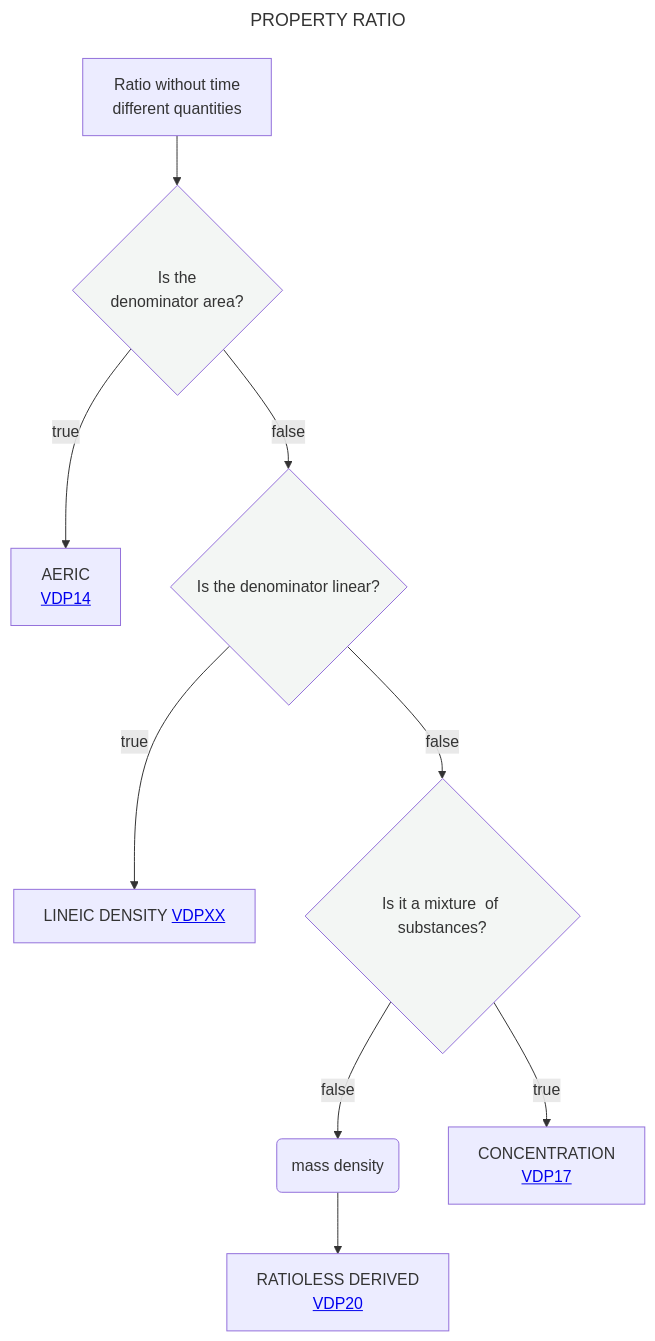
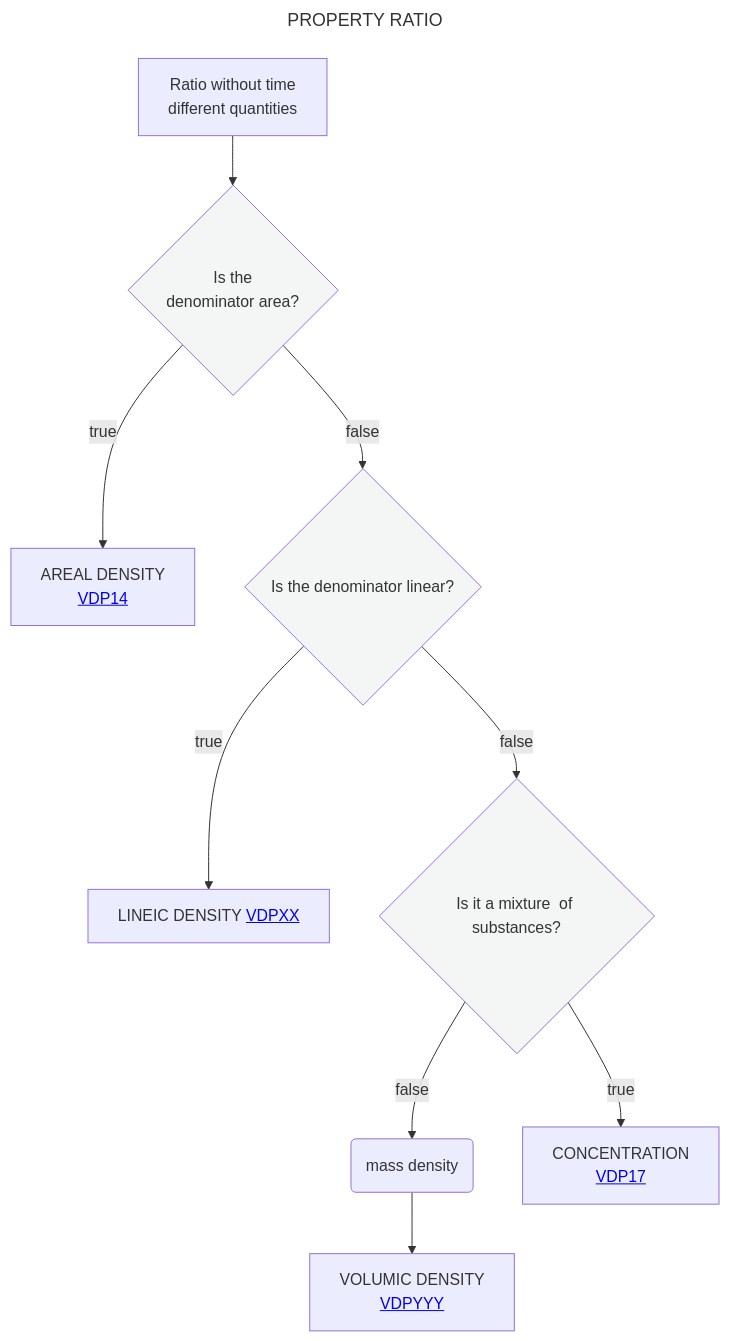
The diagram in Decisition_trees/DT4.mmd (mabablue/I-ADOPT-patterns-playground), drawn with Mermaid before and after one commit.

```diff
--- a/Decisition_trees/DT4.mmd
+++ b/Decisition_trees/DT4.mmd
@@ -1,16 +1,16 @@
 ---
 title: PROPERTY RATIO
 ---
 flowchart TD
     A[Ratio without time <br> different quantities] --> B{Is the <br> denominator area?}:::white
-    B --> |true|C[AERIC <br> <a href='https://github.com/mabablue/I-ADOPT-patterns-playground/blob/main/pattern/VDP14.yaml'>VDP14</a>]
+    B --> |true|C[AREAL DENSITY <br> <a href='https://github.com/mabablue/I-ADOPT-patterns-playground/blob/main/pattern/VDP14.yaml'>VDP14</a>]
     B --> |false|DE{Is the denominator linear?}:::white
     DE --> |true|N[LINEIC DENSITY <a href='https://github.com/mabablue/I-ADOPT-patterns-playground/blob/main/pattern/VDPXX.yaml'>VDPXX</a>]
     DE --> |false|E{Is it a mixture <be> of substances?}:::white
     E --> |false|F(mass density)
-    F --> G[RATIOLESS DERIVED <br> <a href='https://github.com/mabablue/I-ADOPT-patterns-playground/blob/main/pattern/VDP20.yaml'>VDP20</a>]
+    F --> G[VOLUMIC DENSITY <br> <a href='https://github.com/mabablue/I-ADOPT-patterns-playground/blob/main/pattern/VDP20.yaml'>VDPYYY</a>]
     E--> |true|H[CONCENTRATION <br> <a href='https://github.com/mabablue/I-ADOPT-patterns-playground/blob/main/pattern/VDP17.yaml'>VDP17</a>]
    classDef blue fill:#90D5FF
    classDef satblue fill:#57B9FF 
    classDef white fill:#f3f6f4
    classDef green fill:#6aa84f
```
